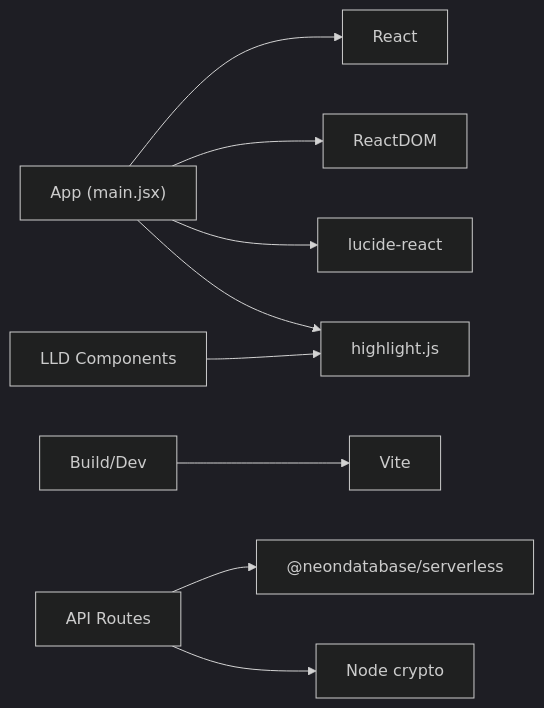
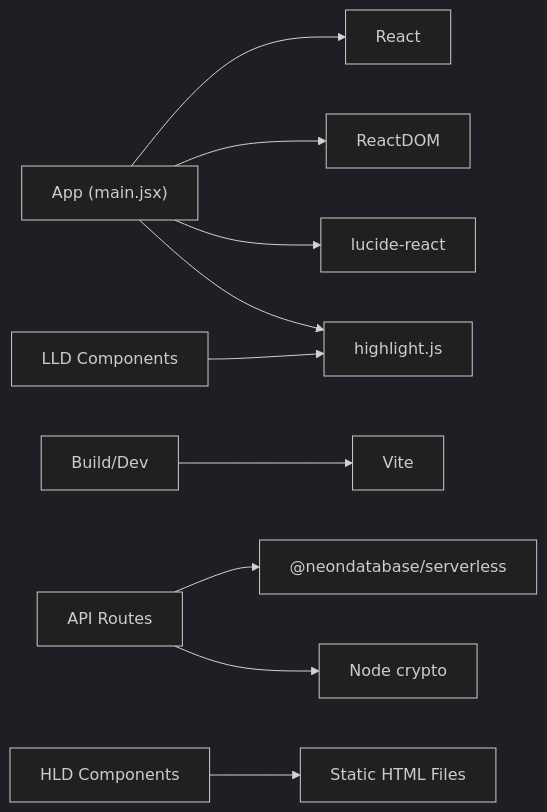
One commit to iamrituraj/DSA-Tracker changed the ninth of 9 diagrams in .qoder/repowiki/en/content/Frontend Application/Application Architecture.md. Above: the diagram before and after it, drawn with Mermaid (dark theme). The commit also changed other lines of this file and 5 other files, not shown here.

````diff
--- a/.qoder/repowiki/en/content/Frontend Application/Application Architecture.md
+++ b/.qoder/repowiki/en/content/Frontend Application/Application Architecture.md
@@ -351,18 +444,19 @@
 ```mermaid
 graph LR
 React["React"]
 ReactDOM["ReactDOM"]
 Lucide["lucide-react"]
 Vite["Vite"]
 Neon["@neondatabase/serverless"]
 Crypto["Node crypto"]
 Highlight["highlight.js"]
 App["App (main.jsx)"] --> React
 App --> ReactDOM
 App --> Lucide
 App --> Highlight
 Build["Build/Dev"] --> Vite
 API["API Routes"] --> Neon
 API --> Crypto
 LLD["LLD Components"] --> Highlight
+HLD["HLD Components"] --> StaticHTML["Static HTML Files"]
 ```
````
